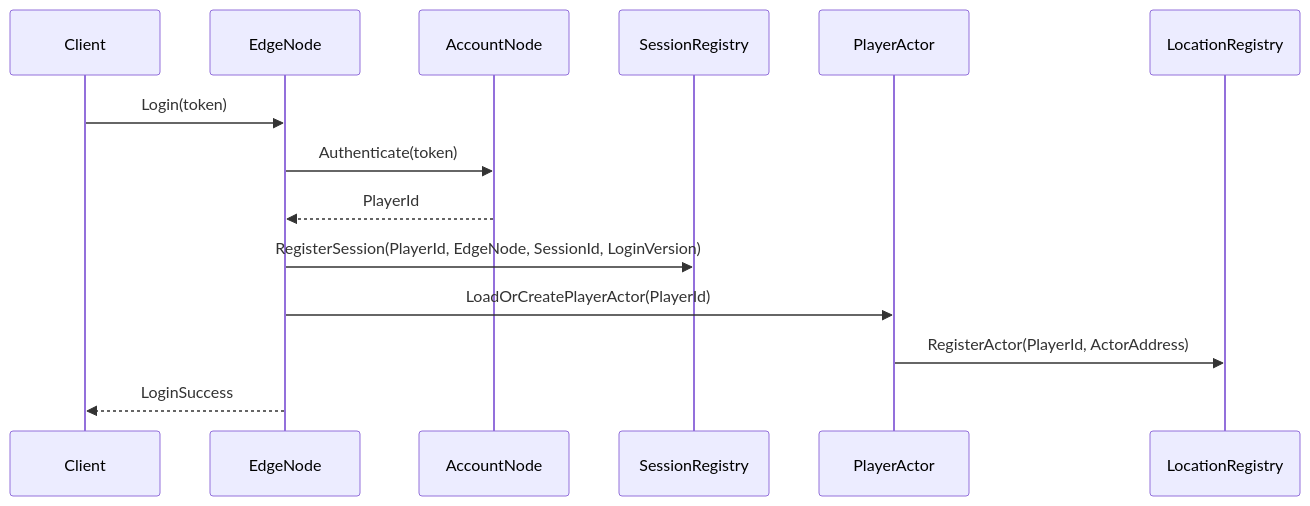
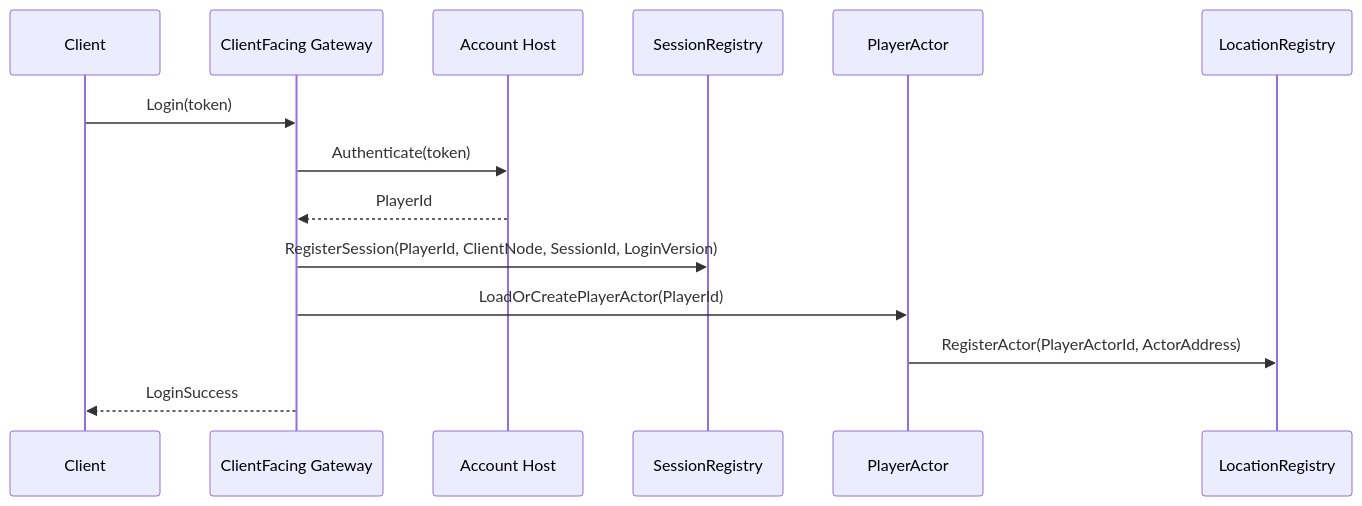
Before and after one commit to bruce48x/ULinkGame: the fourth of 6 diagrams in architecture-design.md, drawn with Mermaid. The commit also changed other lines of this file, not shown here.

Commit message:
Refine actor runtime architecture design

````diff
--- a/architecture-design.md
+++ b/architecture-design.md
@@ -968,17 +1083,17 @@
 ```mermaid
 sequenceDiagram
     participant Client
-    participant Edge as EdgeNode
-    participant Account as AccountNode
+    participant Gateway as ClientFacing Gateway
+    participant Account as Account Host
     participant Session as SessionRegistry
     participant Player as PlayerActor
     participant Location as LocationRegistry
 
-    Client->>Edge: Login(token)
-    Edge->>Account: Authenticate(token)
-    Account-->>Edge: PlayerId
-    Edge->>Session: RegisterSession(PlayerId, EdgeNode, SessionId, LoginVersion)
-    Edge->>Player: LoadOrCreatePlayerActor(PlayerId)
-    Player->>Location: RegisterActor(PlayerId, ActorAddress)
-    Edge-->>Client: LoginSuccess
+    Client->>Gateway: Login(token)
+    Gateway->>Account: Authenticate(token)
+    Account-->>Gateway: PlayerId
+    Gateway->>Session: RegisterSession(PlayerId, ClientNode, SessionId, LoginVersion)
+    Gateway->>Player: LoadOrCreatePlayerActor(PlayerId)
+    Player->>Location: RegisterActor(PlayerActorId, ActorAddress)
+    Gateway-->>Client: LoginSuccess
 ```
````
